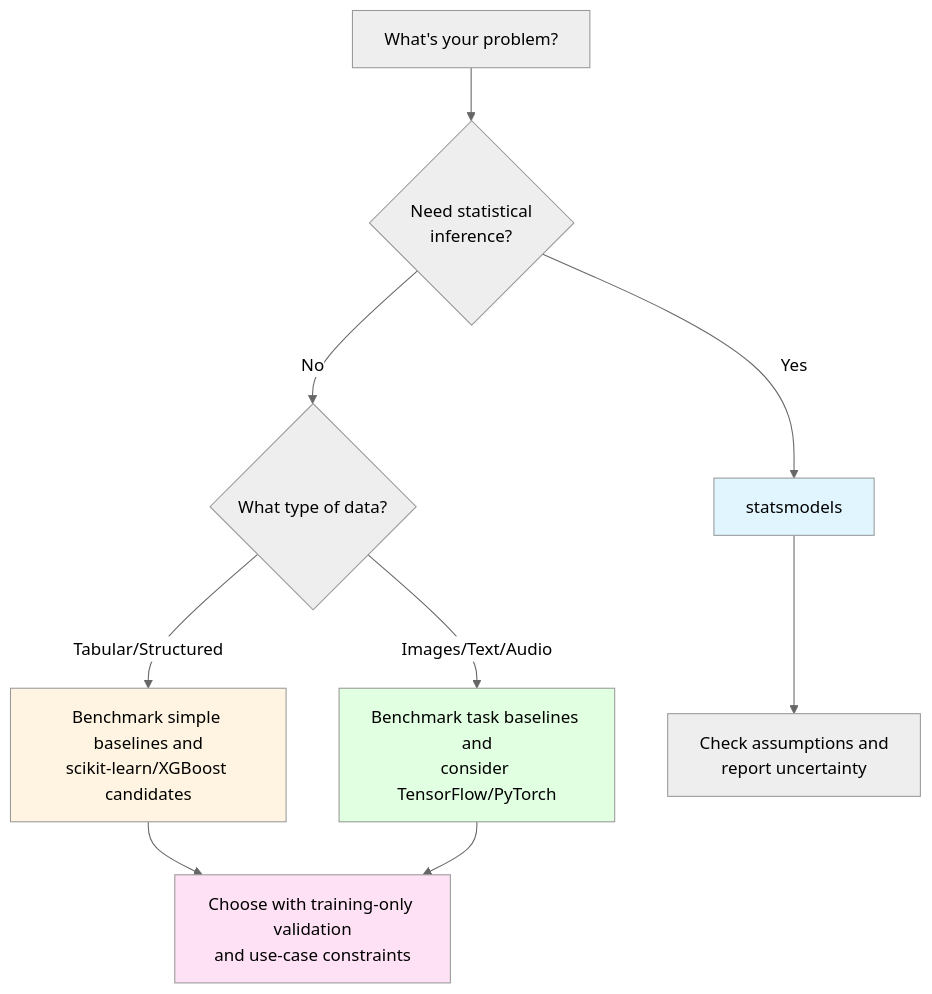
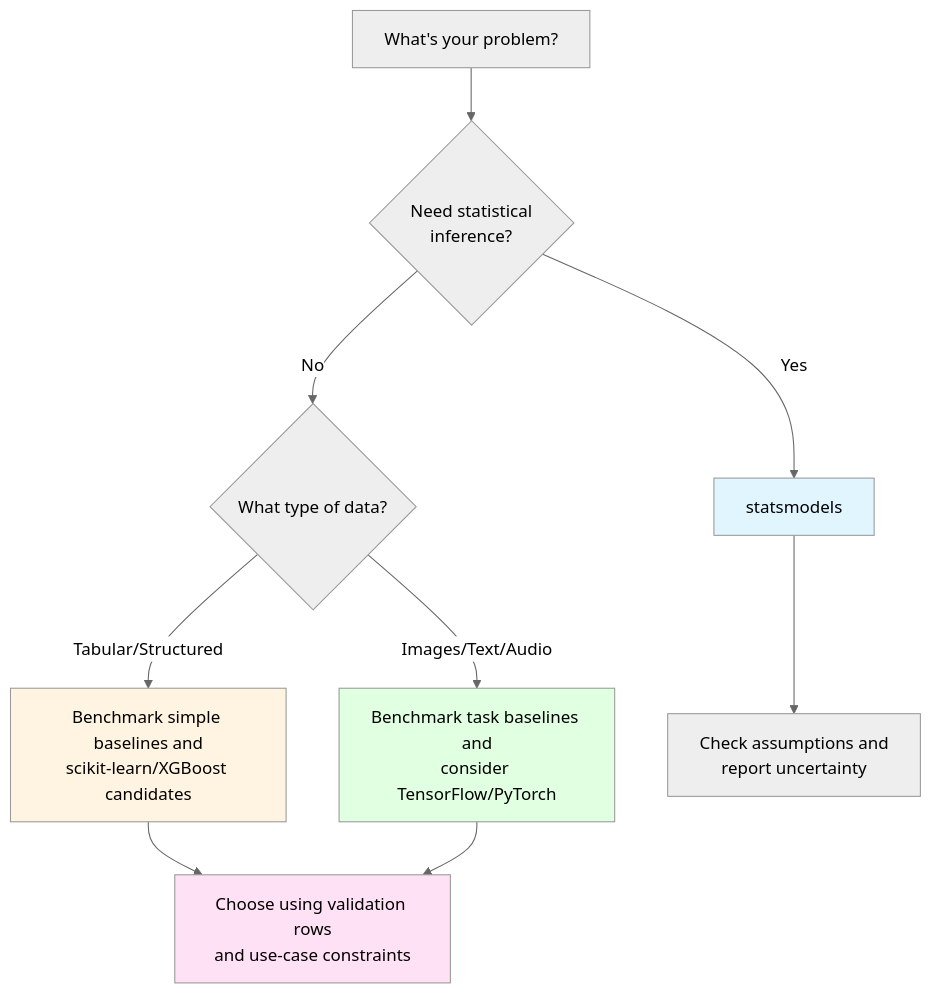
The first of 3 diagrams in 10/README.md (christopherseaman/datasci_217), drawn with Mermaid (neutral theme) before and after one commit. The commit also changed other lines of this file and 28 other files, not shown here.

````diff
--- a/10/README.md
+++ b/10/README.md
@@ -78,16 +64,16 @@
 ```mermaid
 flowchart TD
     A[What's your problem?] --> B{Need statistical<br/>inference?}
     B -->|Yes| C[statsmodels]
     B -->|No| D{What type of data?}
     D -->|Tabular/Structured| E[Benchmark simple baselines and<br/>scikit-learn/XGBoost candidates]
     D -->|Images/Text/Audio| F[Benchmark task baselines and<br/>consider TensorFlow/PyTorch]
     C --> G[Check assumptions and<br/>report uncertainty]
-    E --> H[Choose with training-only validation<br/>and use-case constraints]
+    E --> H[Choose using validation rows<br/>and use-case constraints]
     F --> H
     
     style C fill:#e1f5ff
     style E fill:#fff4e1
     style H fill:#ffe1f5
     style F fill:#e1ffe1
 ```
````
